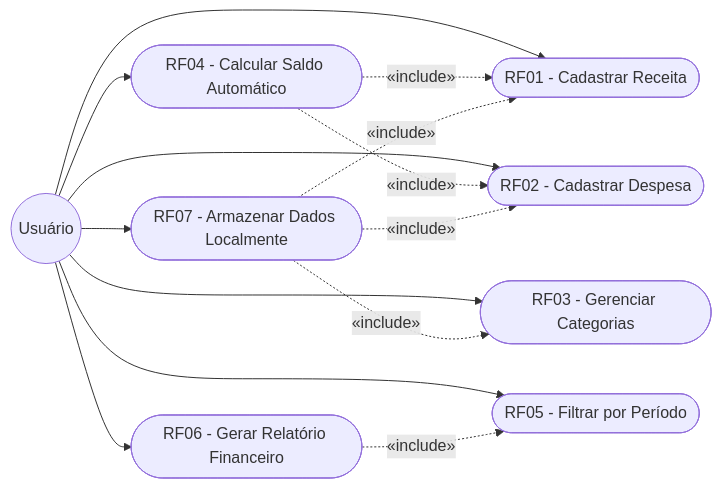
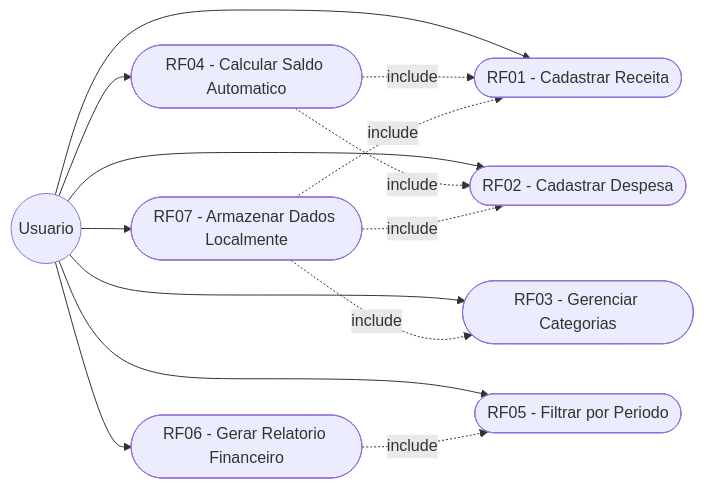
The eighth of 8 diagrams in relacionamento/dcu.md (NEXA-project-br/NEXA), drawn with Mermaid before and after one commit. The commit also changed other lines of this file, not shown here.

````diff
--- a/relacionamento/dcu.md
+++ b/relacionamento/dcu.md
@@ -186,27 +179,26 @@
 ```mermaid
 graph LR
-  U((Usuário))
-
+  U((Usuario))
   RF01([RF01 - Cadastrar Receita])
   RF02([RF02 - Cadastrar Despesa])
   RF03([RF03 - Gerenciar Categorias])
-  RF04([RF04 - Calcular Saldo Automático])
-  RF05([RF05 - Filtrar por Período])
-  RF06([RF06 - Gerar Relatório Financeiro])
+  RF04([RF04 - Calcular Saldo Automatico])
+  RF05([RF05 - Filtrar por Periodo])
+  RF06([RF06 - Gerar Relatorio Financeiro])
   RF07([RF07 - Armazenar Dados Localmente])
 
   U --> RF01
   U --> RF02
   U --> RF03
   U --> RF04
   U --> RF05
   U --> RF06
   U --> RF07
 
-  RF04 -.->|«include»| RF01
-  RF04 -.->|«include»| RF02
-  RF06 -.->|«include»| RF05
-  RF07 -.->|«include»| RF01
-  RF07 -.->|«include»| RF02
-  RF07 -.->|«include»| RF03
+  RF04 -.->|include| RF01
+  RF04 -.->|include| RF02
+  RF06 -.->|include| RF05
+  RF07 -.->|include| RF01
+  RF07 -.->|include| RF02
+  RF07 -.->|include| RF03
 ```
````
